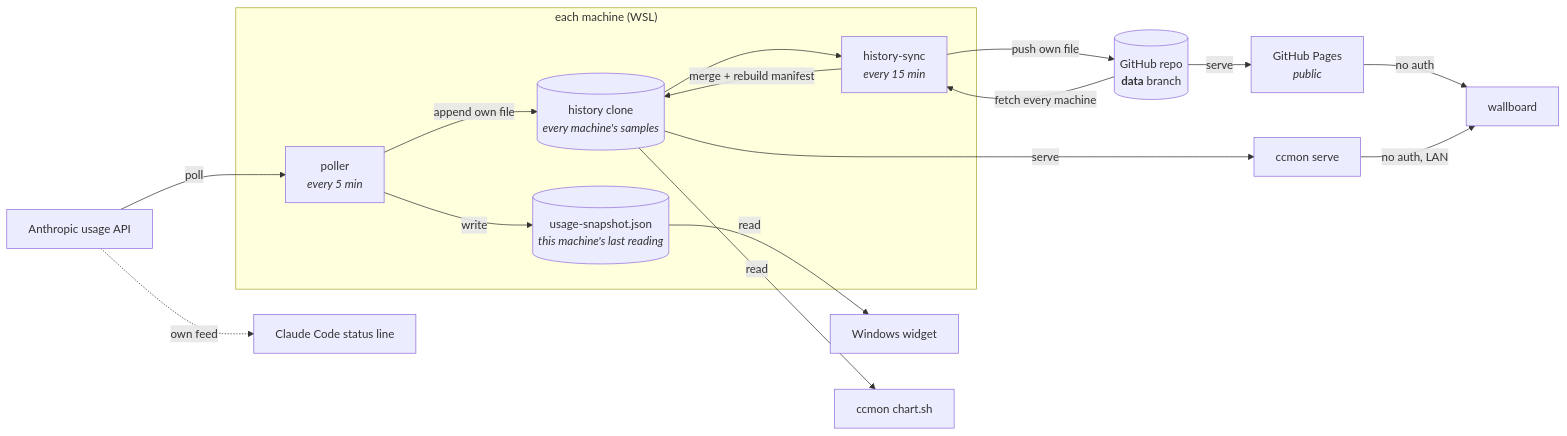
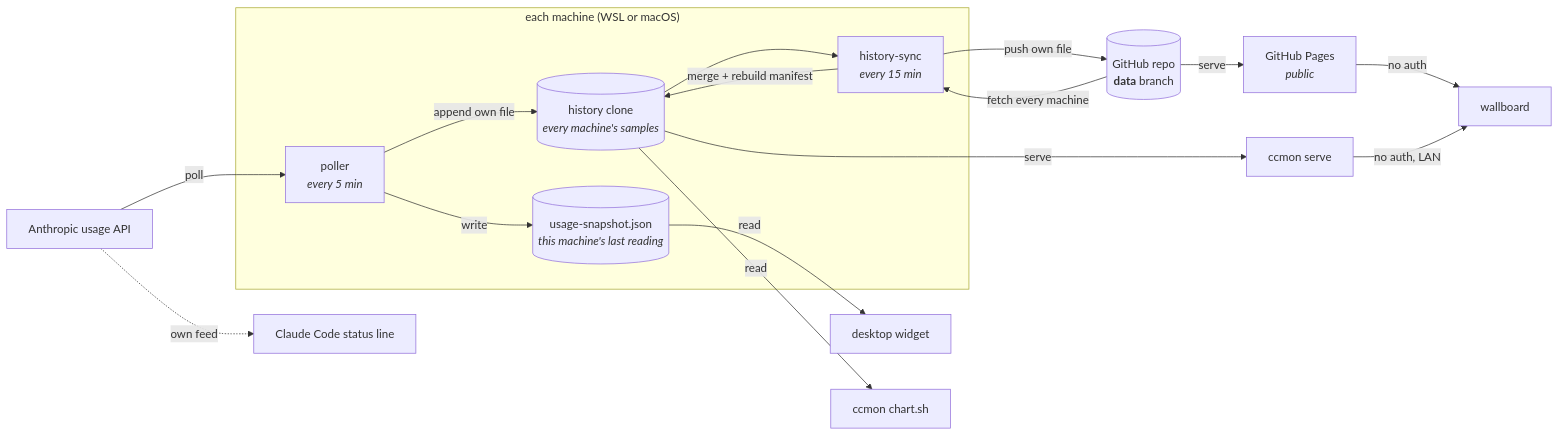
Before and after one commit to baloise/aicon-ccmon: the diagram in README.md, drawn with Mermaid. The commit also changed other lines of this file and 1 other file, not shown here.

First line of the commit message:
Record what macOS does differently

````diff
--- a/README.md
+++ b/README.md
@@ -25,34 +25,34 @@
 ```mermaid
 flowchart LR
   API["Anthropic usage API"]
 
-  subgraph machine["each machine (WSL)"]
+  subgraph machine["each machine (WSL or macOS)"]
     POLL["poller<br/><i>every 5 min</i>"]
     SNAP[("usage-snapshot.json<br/><i>this machine's last reading</i>")]
     HIST[("history clone<br/><i>every machine's samples</i>")]
     SYNC["history-sync<br/><i>every 15 min</i>"]
   end
 
-  WIDGET["Windows widget"]
+  WIDGET["desktop widget"]
   STATUS["Claude Code status line"]
   CHART["ccmon chart.sh"]
   REPO[("GitHub repo<br/><b>data</b> branch")]
   PAGES["GitHub Pages<br/><i>public</i>"]
   SERVE["ccmon serve"]
   BOARD["wallboard"]
 
   API -->|poll| POLL
   API -.->|"own feed"| STATUS
   POLL -->|write| SNAP
   POLL -->|"append own file"| HIST
   SNAP -->|read| WIDGET
   HIST --> SYNC
   SYNC -->|"push own file"| REPO
   REPO -->|"fetch every machine"| SYNC
   SYNC -->|"merge + rebuild manifest"| HIST
   HIST -->|read| CHART
   HIST -->|serve| SERVE
   REPO -->|serve| PAGES
   PAGES -->|"no auth"| BOARD
   SERVE -->|"no auth, LAN"| BOARD
 ```
````
